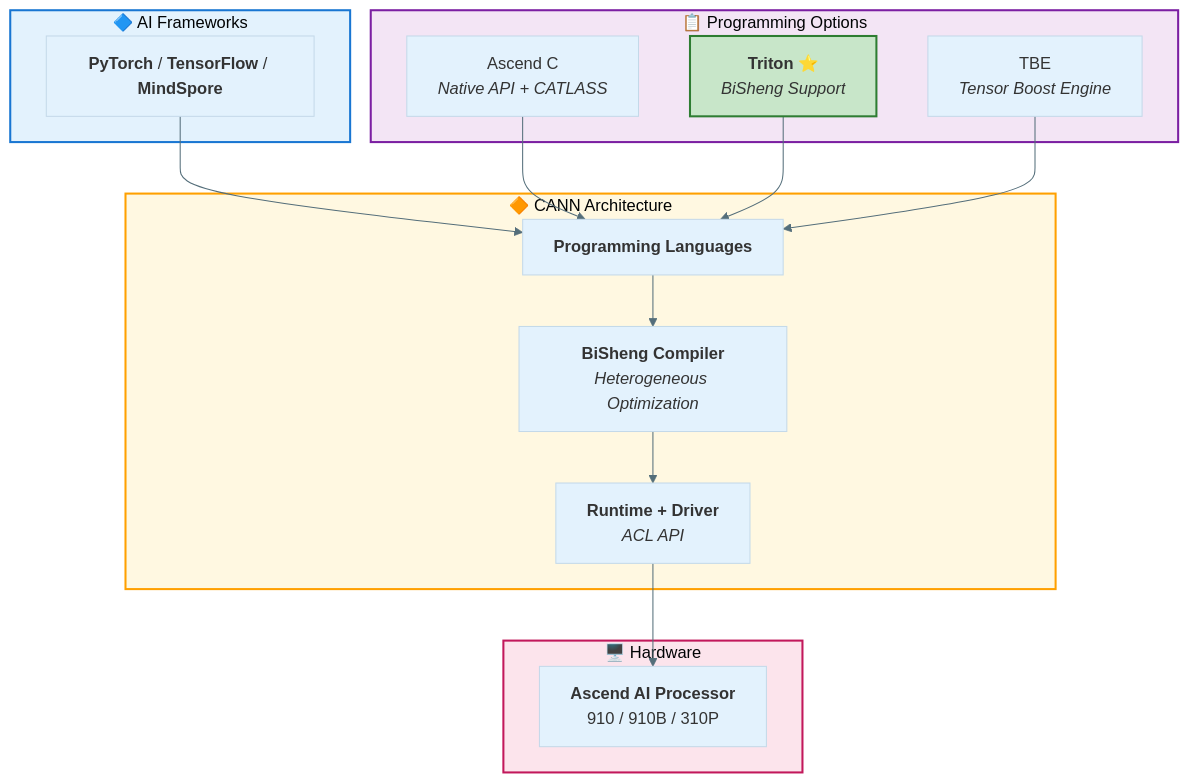
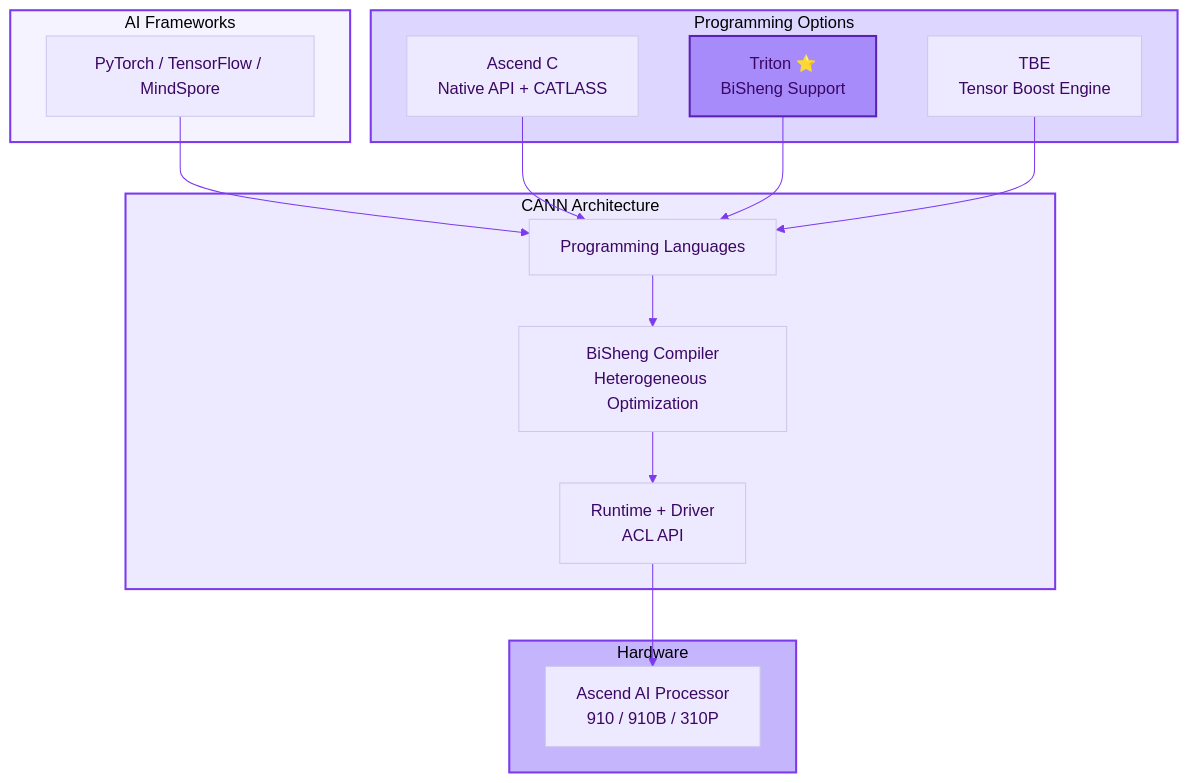
One commit to chenxingqiang/YiRage changed the first of 2 diagrams in docs/ascend_implementation_guide.md. Above: the diagram before and after it, drawn with Mermaid. The commit also changed other lines of this file and 9 other files, not shown here.

First line of the commit message:
style: unify Mermaid diagrams to minimal purple theme

````diff
--- a/docs/ascend_implementation_guide.md
+++ b/docs/ascend_implementation_guide.md
@@ -11,34 +11,34 @@
 ```mermaid
-%%{init: {'theme': 'base', 'themeVariables': { 'primaryColor': '#e3f2fd', 'lineColor': '#546e7a'}}}%%
+%%{init: {'theme': 'base', 'themeVariables': { 'primaryColor': '#ede9fe', 'primaryTextColor': '#3b0764', 'lineColor': '#7c3aed'}}}%%
 graph TB
-    subgraph FRAMEWORKS["🔷 AI Frameworks"]
-        A["<b>PyTorch</b> / <b>TensorFlow</b> / <b>MindSpore</b>"]
+    subgraph FRAMEWORKS["AI Frameworks"]
+        A["PyTorch / TensorFlow / MindSpore"]
     end
 
-    subgraph CANN["🔶 CANN Architecture"]
-        B["<b>Programming Languages</b>"]
-        C["<b>BiSheng Compiler</b><br/><i>Heterogeneous Optimization</i>"]
-        D["<b>Runtime + Driver</b><br/><i>ACL API</i>"]
+    subgraph CANN["CANN Architecture"]
+        B["Programming Languages"]
+        C["BiSheng Compiler<br/>Heterogeneous Optimization"]
+        D["Runtime + Driver<br/>ACL API"]
         B --> C --> D
     end
 
-    subgraph OPTIONS["📋 Programming Options"]
-        E["Ascend C<br/><i>Native API + CATLASS</i>"]
-        F["<b>Triton ⭐</b><br/><i>BiSheng Support</i>"]
-        G["TBE<br/><i>Tensor Boost Engine</i>"]
+    subgraph OPTIONS["Programming Options"]
+        E["Ascend C<br/>Native API + CATLASS"]
+        F["Triton ⭐<br/>BiSheng Support"]
+        G["TBE<br/>Tensor Boost Engine"]
     end
 
-    subgraph HARDWARE["🖥️ Hardware"]
-        H["<b>Ascend AI Processor</b><br/>910 / 910B / 310P"]
+    subgraph HARDWARE["Hardware"]
+        H["Ascend AI Processor<br/>910 / 910B / 310P"]
     end
 
     A --> B
     E & F & G --> B
     D --> H
 
-    style FRAMEWORKS fill:#e3f2fd,stroke:#1976d2,stroke-width:2px
-    style CANN fill:#fff8e1,stroke:#ffa000,stroke-width:2px
-    style OPTIONS fill:#f3e5f5,stroke:#7b1fa2,stroke-width:2px
-    style HARDWARE fill:#fce4ec,stroke:#c2185b,stroke-width:2px
-    style F fill:#c8e6c9,stroke:#2e7d32,stroke-width:2px
+    style FRAMEWORKS fill:#f5f3ff,stroke:#7c3aed,stroke-width:2px
+    style CANN fill:#ede9fe,stroke:#7c3aed,stroke-width:2px
+    style OPTIONS fill:#ddd6fe,stroke:#7c3aed,stroke-width:2px
+    style HARDWARE fill:#c4b5fd,stroke:#7c3aed,stroke-width:2px
+    style F fill:#a78bfa,stroke:#5b21b6,stroke-width:2px
 ```
````
